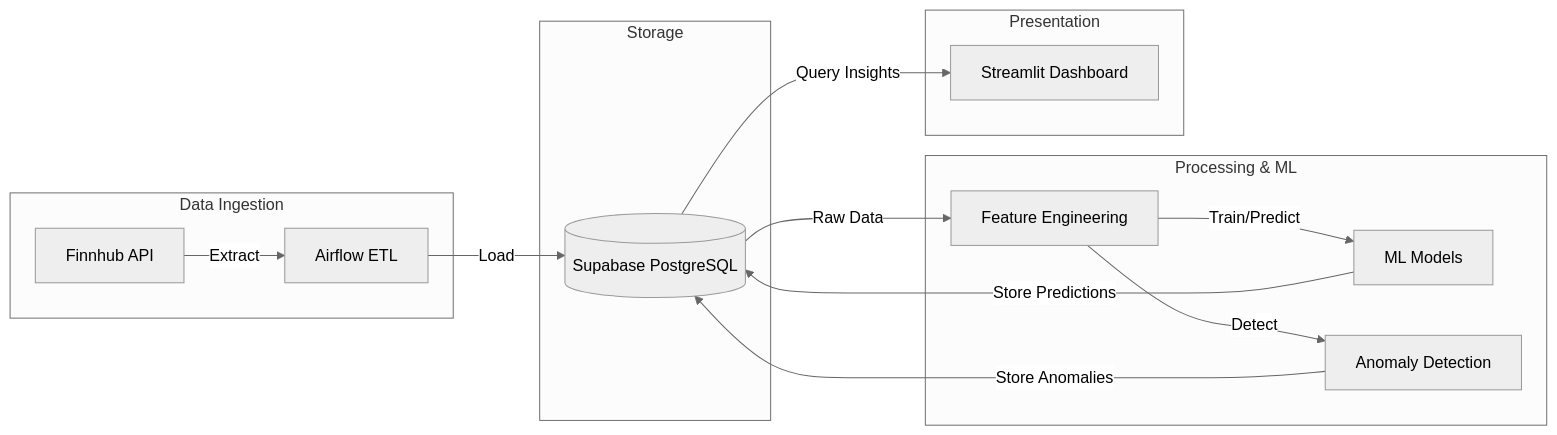
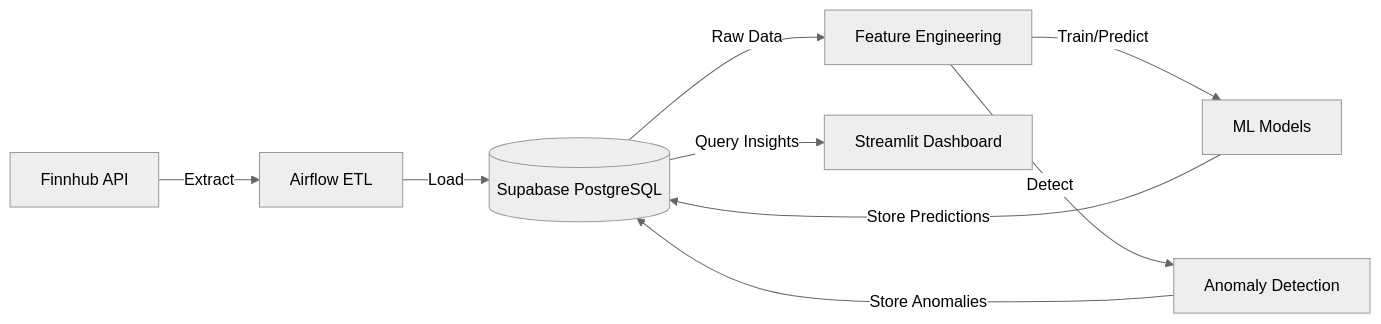
One commit to NishanthPechimuthu/ML-Powered-Stock-Market-Analytics-Pipeline changed the diagram in README.md. Above: the diagram before and after it, drawn with Mermaid (neutral theme).

Commit message:
updated flow diagram

````diff
--- a/README.md
+++ b/README.md
@@ -17,19 +17,15 @@
 ```mermaid
 graph LR
-    subgraph Data Ingestion
         A[Finnhub API] -->|Extract| B[Airflow ETL]
-    end
-    subgraph Storage
+
         B -->|Load| C[(Supabase PostgreSQL)]
-    end
-    subgraph Processing & ML
+
         C -->|Raw Data| D[Feature Engineering]
         D -->|Train/Predict| E[ML Models]
         E -->|Store Predictions| C
         D -->|Detect| G[Anomaly Detection]
         G -->|Store Anomalies| C
-    end
-    subgraph Presentation
+
         C -->|Query Insights| H[Streamlit Dashboard]
-    end
+
 ```
````
